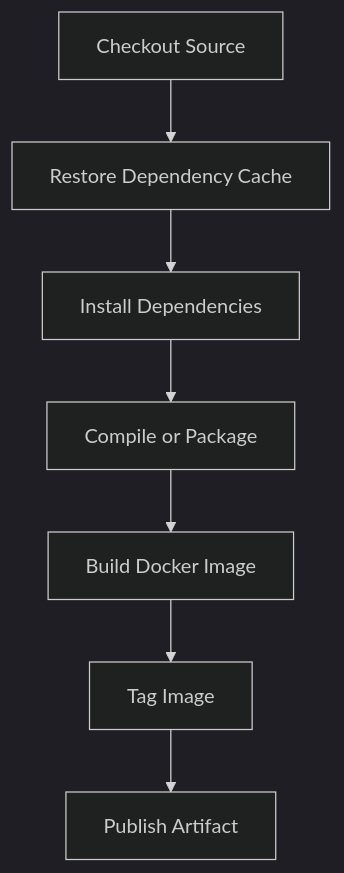
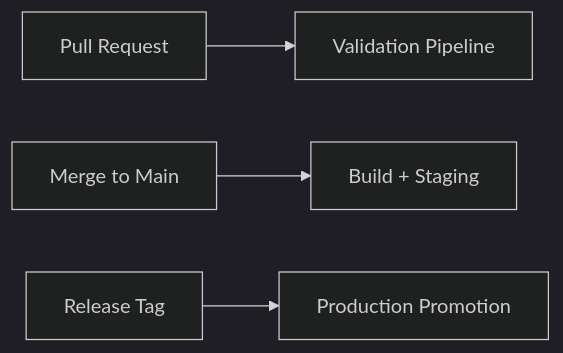
One commit to AvadhBhalodiya/Interview-Preparation changed the third of 10 diagrams in src/content/devops/cicd-pipelines.md. Above: the diagram before and after it, drawn with Mermaid (dark theme). The commit also changed other lines of this file and 54 other files, not shown here.

````diff
--- a/src/content/devops/cicd-pipelines.md
+++ b/src/content/devops/cicd-pipelines.md
@@ -217,9 +248,6 @@
 ```mermaid
-flowchart TD
-    A[Checkout Source] --> B[Restore Dependency Cache]
-    B --> C[Install Dependencies]
-    C --> D[Compile or Package]
-    D --> E[Build Docker Image]
-    E --> F[Tag Image]
-    F --> G[Publish Artifact]
+flowchart LR
+    A[Pull Request] --> B[Validation Pipeline]
+    C[Merge to Main] --> D[Build + Staging]
+    E[Release Tag] --> F[Production Promotion]
 ```
````
